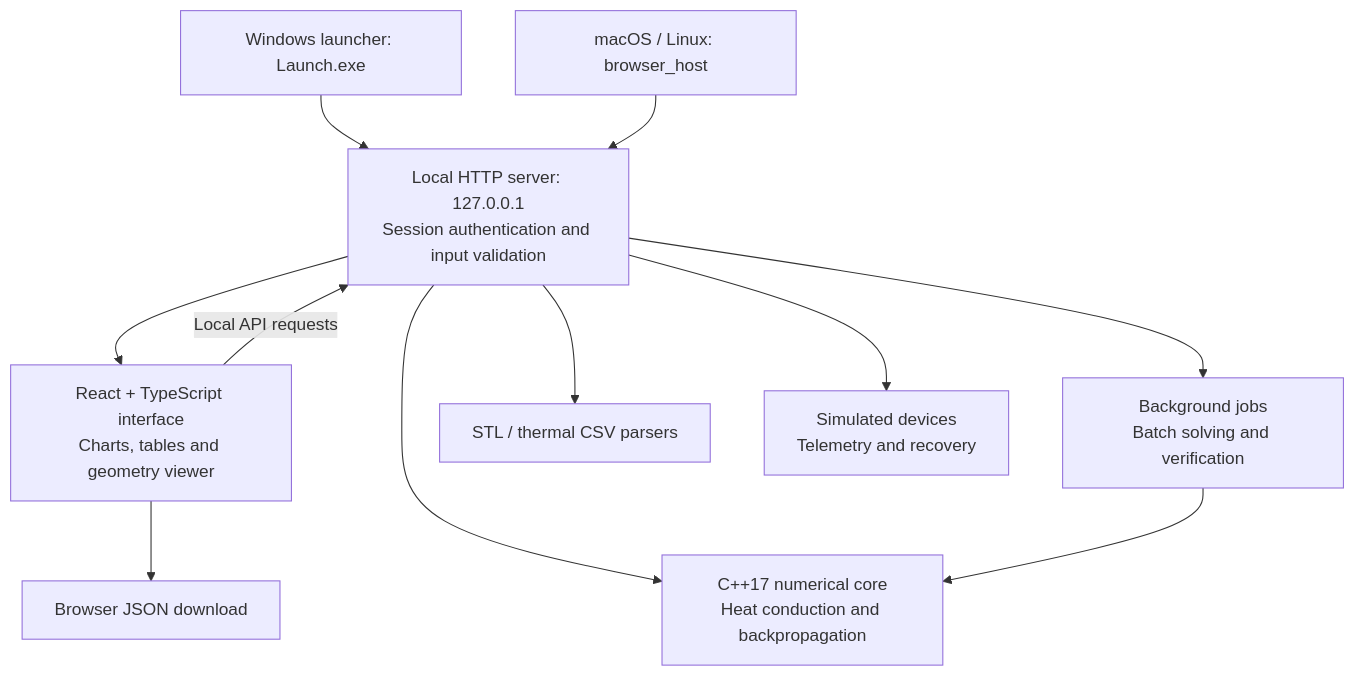
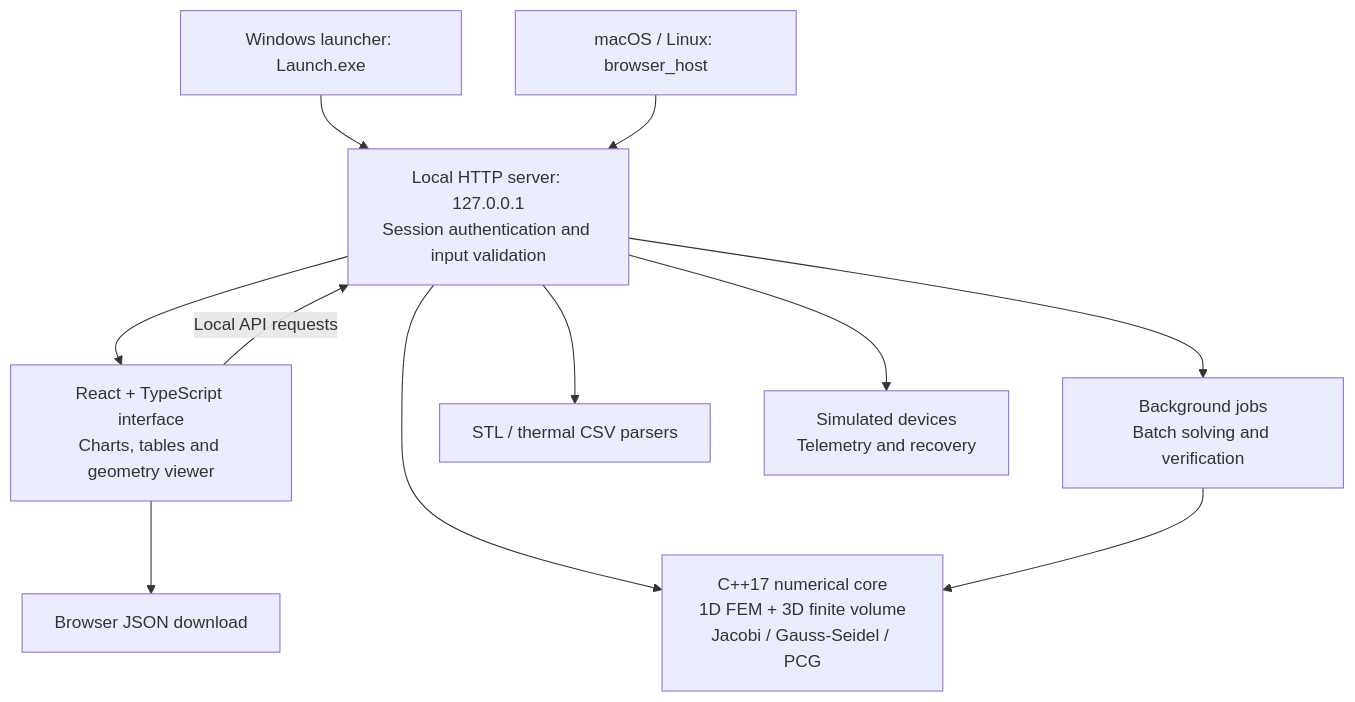
The diagram in README.md (tulasiram2005/thermal-atlas-workbench), drawn with Mermaid before and after one commit. The commit also changed other lines of this file and 18 other files, not shown here.

Commit message:
Publish verified 3D Solver Lab and update architecture and setup guide

````diff
--- a/README.md
+++ b/README.md
@@ -11,13 +15,13 @@
 ```mermaid
 flowchart TD
     Launcher["Windows launcher: Launch.exe"] --> Server["Local HTTP server: 127.0.0.1<br/>Session authentication and input validation"]
     Host["macOS / Linux: browser_host"] --> Server
     Server --> UI["React + TypeScript interface<br/>Charts, tables and geometry viewer"]
     UI -->|Local API requests| Server
-    Server --> Core["C++17 numerical core<br/>Heat conduction and backpropagation"]
+    Server --> Core["C++17 numerical core<br/>1D FEM + 3D finite volume<br/>Jacobi / Gauss-Seidel / PCG"]
     Server --> Jobs["Background jobs<br/>Batch solving and verification"]
     Jobs --> Core
     Server --> Parsers["STL / thermal CSV parsers"]
     Server --> Hardware["Simulated devices<br/>Telemetry and recovery"]
     UI --> Export["Browser JSON download"]
 ```
````
